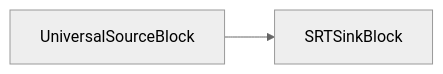
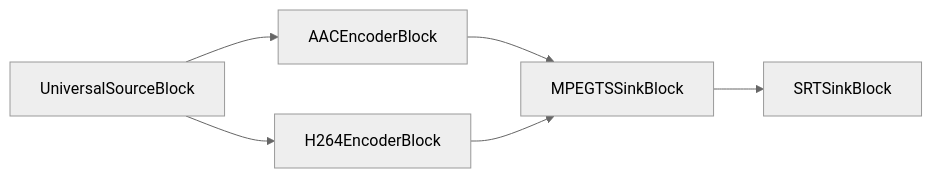
One commit to visioforge/help changed diagram 18 of 30 in dotnet/mediablocks/Sinks/index.es.md. Above: the diagram before and after it, drawn with Mermaid (neutral theme). The commit also changed other lines of this file and 59 other files, not shown here.

````diff
--- a/dotnet/mediablocks/Sinks/index.es.md
+++ b/dotnet/mediablocks/Sinks/index.es.md
@@ -1331,4 +1331,8 @@
 ```mermaid
 graph LR;
-    UniversalSourceBlock-->SRTSinkBlock;
+    UniversalSourceBlock-->AACEncoderBlock;
+    UniversalSourceBlock-->H264EncoderBlock;
+    AACEncoderBlock-->MPEGTSSinkBlock;
+    H264EncoderBlock-->MPEGTSSinkBlock;
+    MPEGTSSinkBlock-->SRTSinkBlock;
 ```
````
